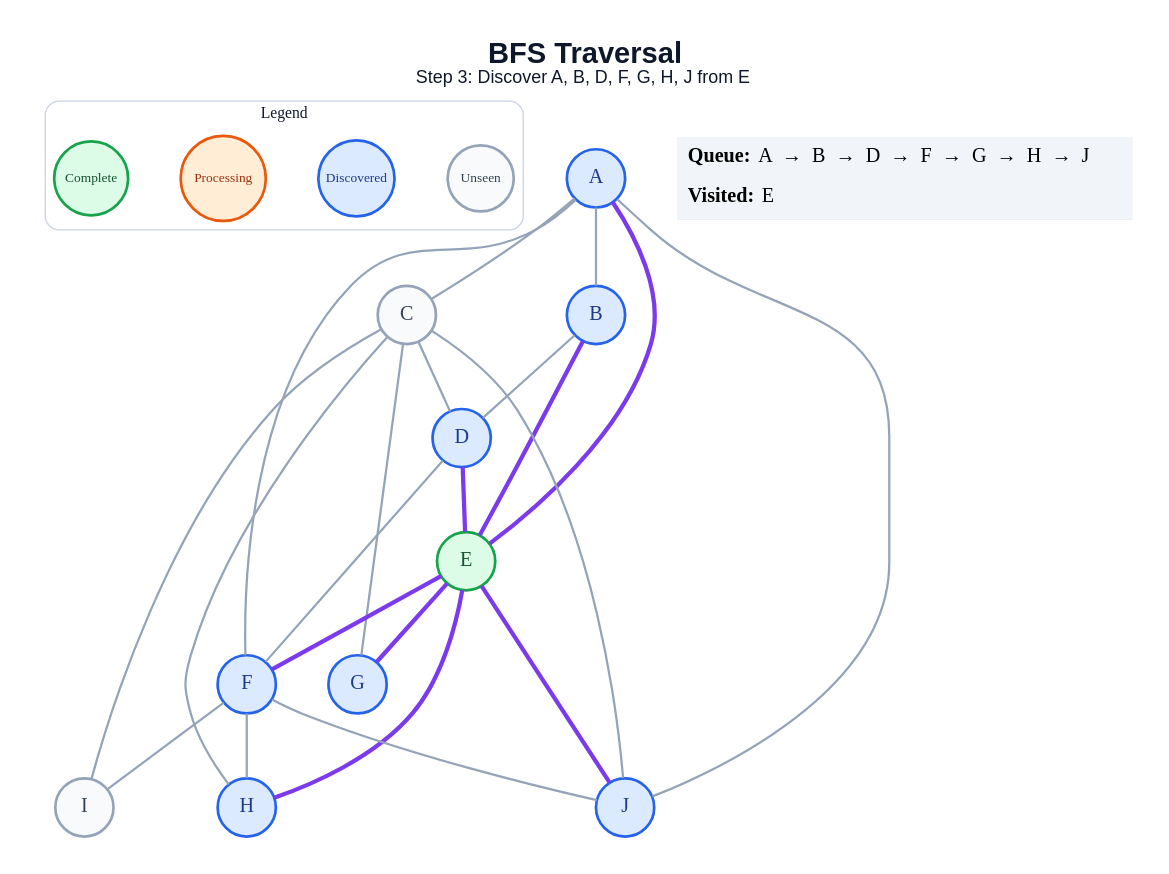
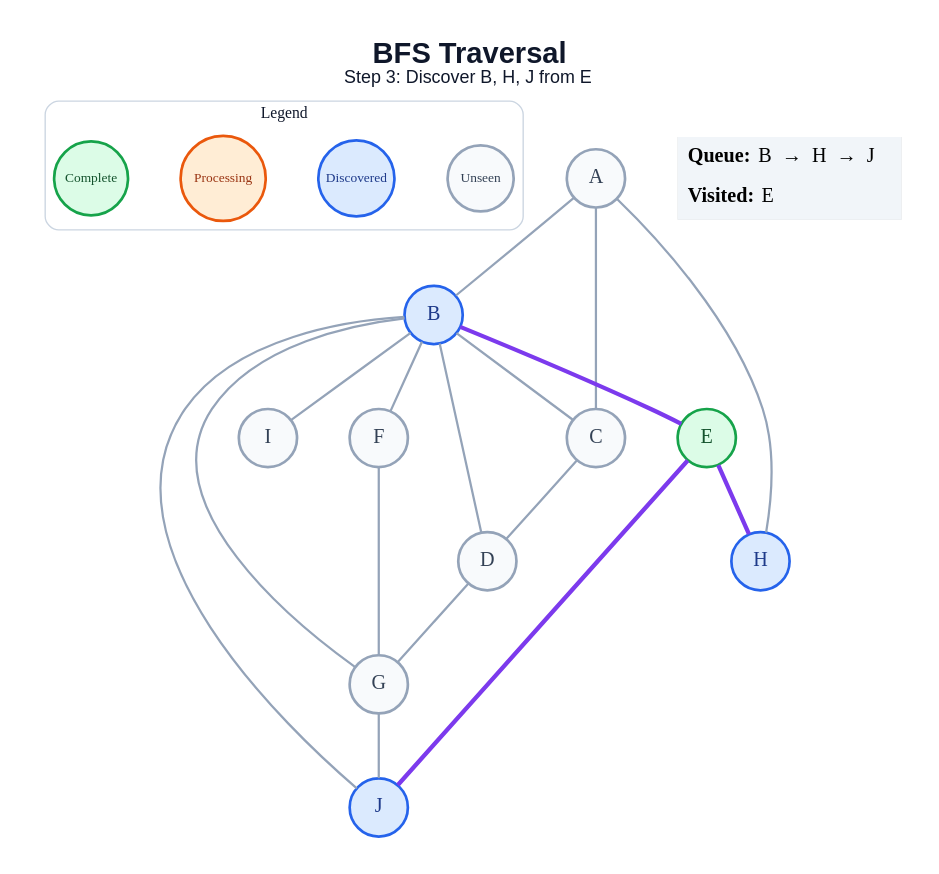
The diagram in generated/specific-node/bfs/step_03.dot (amanghodawala9/ai-slop), drawn with Graphviz before and after one commit. The commit also changed 178 other files, not shown here.

```diff
--- a/generated/specific-node/bfs/step_03.dot
+++ b/generated/specific-node/bfs/step_03.dot
@@ -1,50 +1,45 @@
 graph traversal {
   graph [layout=dot, rankdir=TB, bgcolor="#FFFFFF", pad="0.35", nodesep="0.65", ranksep="0.8", fontname="Arial"];
   node [shape=circle, style="filled", fontname="Arial Bold", fontsize=18, width=0.72, fixedsize=true, penwidth=2.4];
   edge [color="#94A3B8", penwidth=2.0];
-  label=<<B>BFS Traversal</B><BR/><FONT POINT-SIZE="16">Step 3: Discover A, B, D, F, G, H, J from E</FONT>>; labelloc="t"; fontsize=26; fontname="Arial"; fontcolor="#0F172A";
+  label=<<B>BFS Traversal</B><BR/><FONT POINT-SIZE="16">Step 3: Discover B, H, J from E</FONT>>; labelloc="t"; fontsize=26; fontname="Arial"; fontcolor="#0F172A";
   subgraph cluster_legend { label="Legend"; color="#CBD5E1"; penwidth=1.2; style="rounded"; fontsize=14; fontname="Arial Bold";
     key_unseen [label="Unseen", fillcolor="#F8FAFC", color="#94A3B8", fontcolor="#334155", fontsize=12, width=0.82];
     key_frontier [label="Discovered", fillcolor="#DBEAFE", color="#2563EB", fontcolor="#1E3A8A", fontsize=12, width=0.95];
     key_current [label="Processing", fillcolor="#FFEDD5", color="#EA580C", fontcolor="#9A3412", fontsize=12, width=1.05];
     key_done [label="Complete", fillcolor="#DCFCE7", color="#16A34A", fontcolor="#14532D", fontsize=12, width=0.92];
     { rank=same; key_unseen; key_frontier; key_current; key_done; }
   }
-  A [fillcolor="#DBEAFE", color="#2563EB", fontcolor="#1E3A8A"];
+  A [fillcolor="#F8FAFC", color="#94A3B8", fontcolor="#334155"];
   B [fillcolor="#DBEAFE", color="#2563EB", fontcolor="#1E3A8A"];
   C [fillcolor="#F8FAFC", color="#94A3B8", fontcolor="#334155"];
-  D [fillcolor="#DBEAFE", color="#2563EB", fontcolor="#1E3A8A"];
+  D [fillcolor="#F8FAFC", color="#94A3B8", fontcolor="#334155"];
   E [fillcolor="#DCFCE7", color="#16A34A", fontcolor="#14532D"];
-  F [fillcolor="#DBEAFE", color="#2563EB", fontcolor="#1E3A8A"];
-  G [fillcolor="#DBEAFE", color="#2563EB", fontcolor="#1E3A8A"];
+  F [fillcolor="#F8FAFC", color="#94A3B8", fontcolor="#334155"];
+  G [fillcolor="#F8FAFC", color="#94A3B8", fontcolor="#334155"];
   H [fillcolor="#DBEAFE", color="#2563EB", fontcolor="#1E3A8A"];
   I [fillcolor="#F8FAFC", color="#94A3B8", fontcolor="#334155"];
   J [fillcolor="#DBEAFE", color="#2563EB", fontcolor="#1E3A8A"];
   A -- B;
   A -- C;
-  A -- E [color="#7C3AED", penwidth=3.8];
-  A -- F;
-  A -- J;
+  A -- H;
+  B -- C;
   B -- D;
   B -- E [color="#7C3AED", penwidth=3.8];
+  B -- F;
+  B -- G;
+  B -- I;
+  B -- J;
   C -- D;
-  C -- G;
-  C -- H;
-  C -- I;
-  C -- J;
-  D -- E [color="#7C3AED", penwidth=3.8];
-  D -- F;
-  E -- F [color="#7C3AED", penwidth=3.8];
-  E -- G [color="#7C3AED", penwidth=3.8];
+  D -- G;
   E -- H [color="#7C3AED", penwidth=3.8];
   E -- J [color="#7C3AED", penwidth=3.8];
-  F -- H;
-  F -- I;
-  F -- J;
+  F -- G;
+  G -- J;
   status [shape=plain, fixedsize=false, width=0, height=0, margin=0, label=<
     <TABLE BORDER="0" CELLBORDER="0" CELLPADDING="7" BGCOLOR="#F1F5F9">
-      <TR><TD ALIGN="LEFT"><B>Queue:</B> A  →  B  →  D  →  F  →  G  →  H  →  J</TD></TR>
+      <TR><TD ALIGN="LEFT"><B>Queue:</B> B  →  H  →  J</TD></TR>
       <TR><TD ALIGN="LEFT"><B>Visited:</B> E</TD></TR>
     </TABLE>
   >];
 }
```
